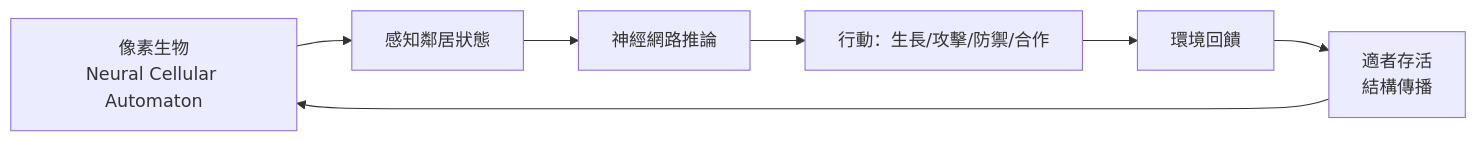
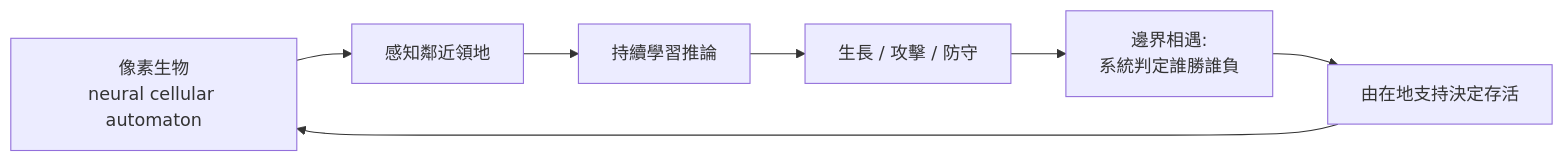
The first of 2 diagrams in src/content/posts/tech/2026-05-02-sakana-ais-god-simulator-is-brilliant.md (a920604a/engineernews), drawn with Mermaid before and after one commit. The commit also changed other lines of this file and 468 other files, not shown here.

````diff
--- a/src/content/posts/tech/2026-05-02-sakana-ais-god-simulator-is-brilliant.md
+++ b/src/content/posts/tech/2026-05-02-sakana-ais-god-simulator-is-brilliant.md
@@ -33,9 +43,9 @@
 ```mermaid
 graph LR
-    A[像素生物<br>Neural Cellular Automaton] --> B[感知鄰居狀態]
-    B --> C[神經網路推論]
-    C --> D[行動：生長/攻擊/防禦/合作]
-    D --> E[環境回饋]
-    E --> F[適者存活<br>結構傳播]
+    A[像素生物<br>neural cellular automaton] --> B[感知鄰近領地]
+    B --> C[持續學習推論]
+    C --> D[生長 / 攻擊 / 防守]
+    D --> E[邊界相遇:<br>系統判定誰勝誰負]
+    E --> F[由在地支持決定存活]
     F --> A
 ```
````
